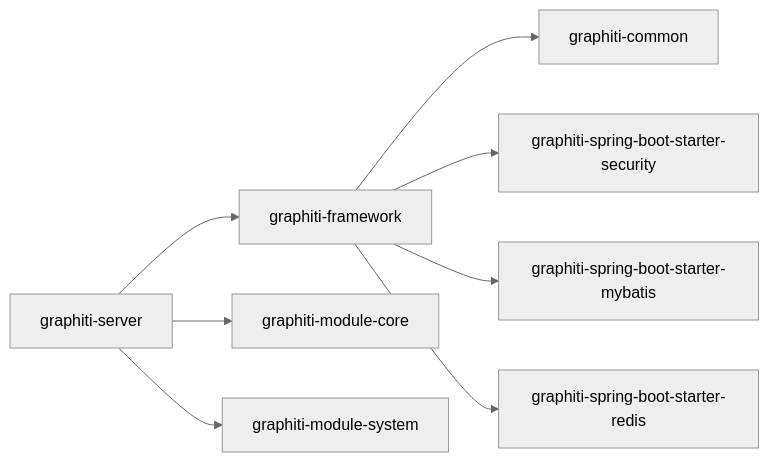
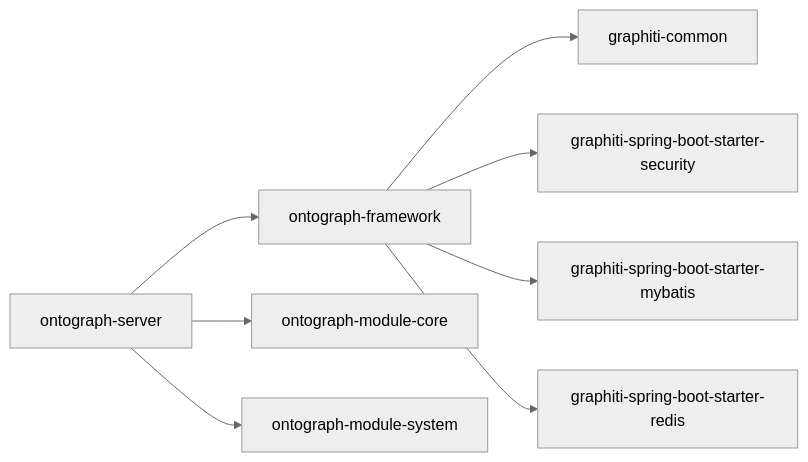
One commit to joezxh/graphiti-java changed the eighth of 8 diagrams in docs/manual/架构设计/设计模式.md. Above: the diagram before and after it, drawn with Mermaid (neutral theme). The commit also changed other lines of this file and 200 other files, not shown here.

````diff
--- a/docs/manual/架构设计/设计模式.md
+++ b/docs/manual/架构设计/设计模式.md
@@ -429,10 +429,10 @@
 ```mermaid
 graph LR
-Server["graphiti-server"] --> Framework["graphiti-framework"]
-Server --> ModuleCore["graphiti-module-core"]
-Server --> ModuleSys["graphiti-module-system"]
+Server["ontograph-server"] --> Framework["ontograph-framework"]
+Server --> ModuleCore["ontograph-module-core"]
+Server --> ModuleSys["ontograph-module-system"]
 Framework --> Common["graphiti-common"]
 Framework --> Security["graphiti-spring-boot-starter-security"]
 Framework --> MyBatis["graphiti-spring-boot-starter-mybatis"]
 Framework --> Redis["graphiti-spring-boot-starter-redis"]
 ```
````
